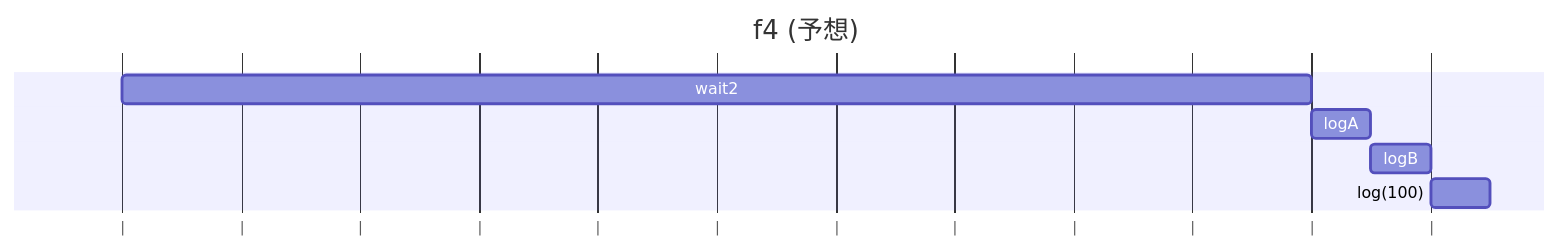
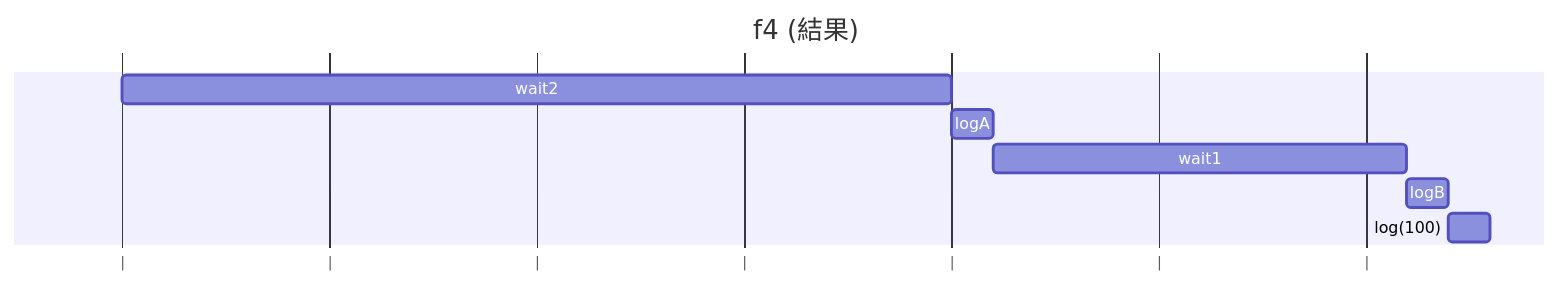
Before and after one commit to sugurucode/oreilly-javascript: the third of 20 diagrams in exercises/ch13/ex02/index.md, drawn with Mermaid. The commit also changed other lines of this file, not shown here.

````diff
--- a/exercises/ch13/ex02/index.md
+++ b/exercises/ch13/ex02/index.md
@@ -231,10 +134,11 @@
 ```mermaid
 gantt
-  title f4 (予想)
+  title f4 (結果)
   dateFormat  s
   axisFormat |
     wait2 :w2, 0, 2s
     logA  :lA, after w2, 0.1s
-    logB  :lB, after lA, 0.1s
+    wait1 :w1, after lA, 1s
+    logB  :lB, after w1, 0.1s
     log(100) :l100, after lB, 0.1s
 ```
````
